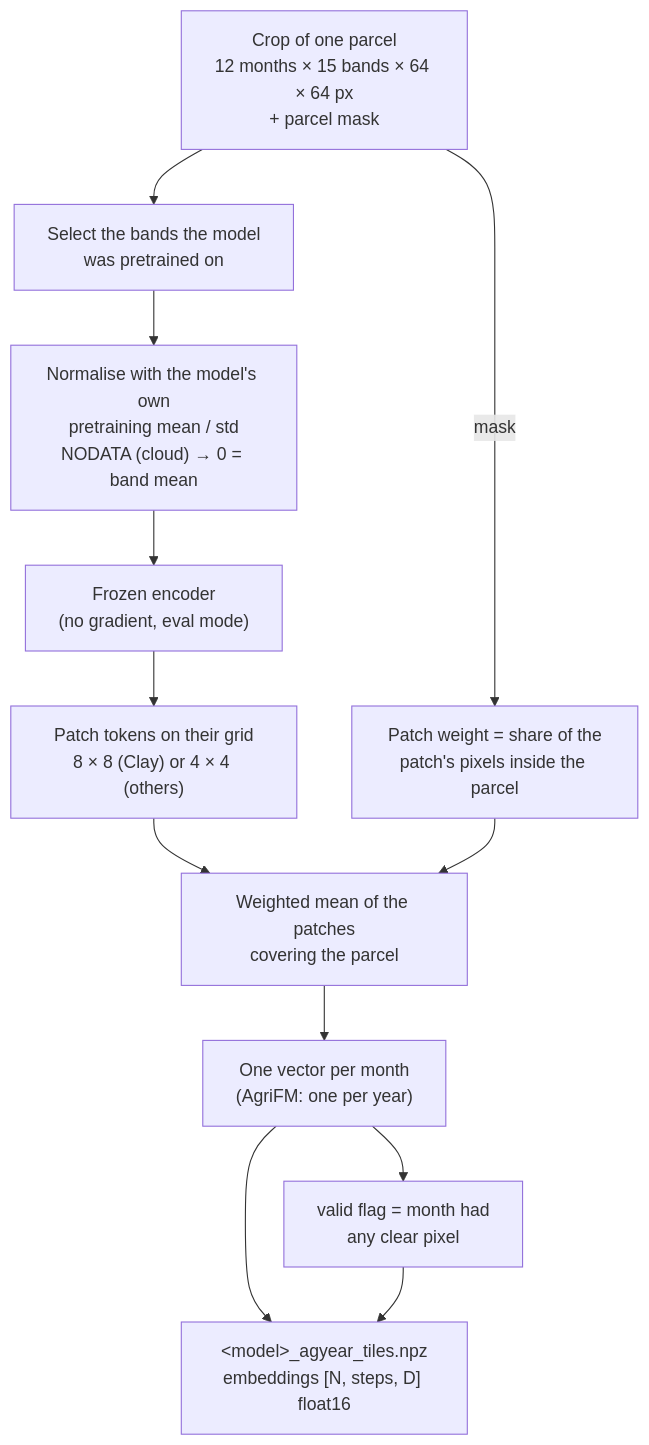
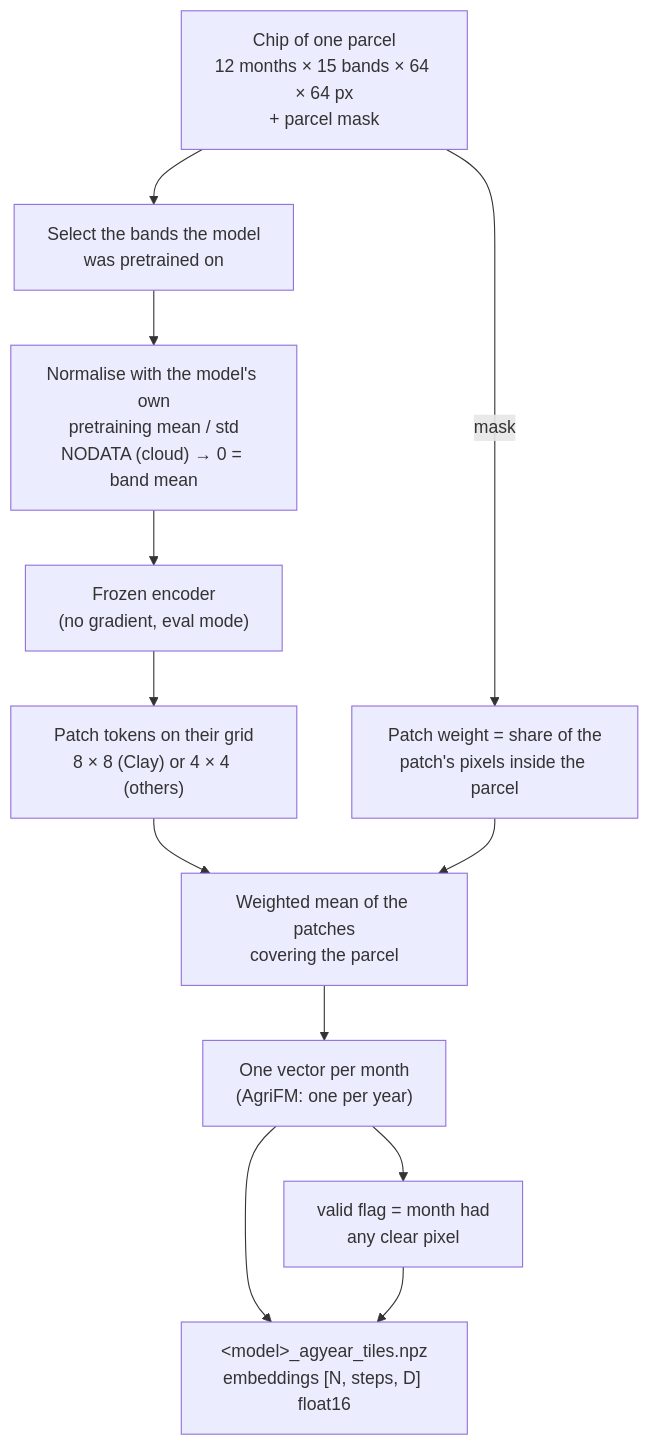
One commit to amanchry/irrimapping-geofm changed the fourth of 10 diagrams in models_run/README.md. Above: the diagram before and after it, drawn with Mermaid. The commit also changed other lines of this file and 14 other files, not shown here.

````diff
--- a/models_run/README.md
+++ b/models_run/README.md
@@ -154,14 +193,14 @@
 ```mermaid
 flowchart TD
-    A["Crop of one parcel<br/>12 months × 15 bands × 64 × 64 px<br/>+ parcel mask"] --> B["Select the bands the model<br/>was pretrained on"]
+    A["Chip of one parcel<br/>12 months × 15 bands × 64 × 64 px<br/>+ parcel mask"] --> B["Select the bands the model<br/>was pretrained on"]
     B --> C["Normalise with the model's own<br/>pretraining mean / std<br/>NODATA (cloud) → 0 = band mean"]
     C --> D["Frozen encoder<br/>(no gradient, eval mode)"]
     D --> E["Patch tokens on their grid<br/>8 × 8 (Clay) or 4 × 4 (others)"]
     A -->|"mask"| W["Patch weight = share of the<br/>patch's pixels inside the parcel"]
     E --> F["Weighted mean of the patches<br/>covering the parcel"]
     W --> F
     F --> G["One vector per month<br/>(AgriFM: one per year)"]
     G --> H["valid flag = month had<br/>any clear pixel"]
     G --> O["&lt;model&gt;_agyear_tiles.npz<br/>embeddings [N, steps, D] float16"]
     H --> O
 ```
````
